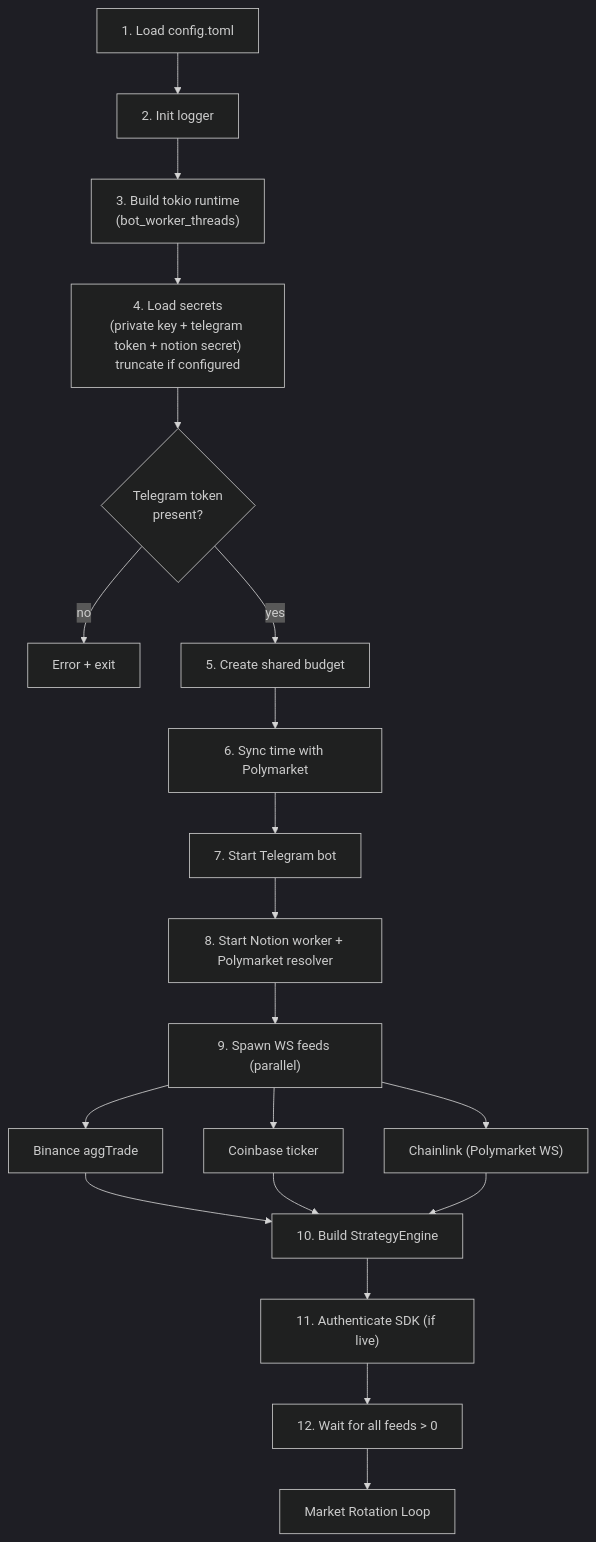
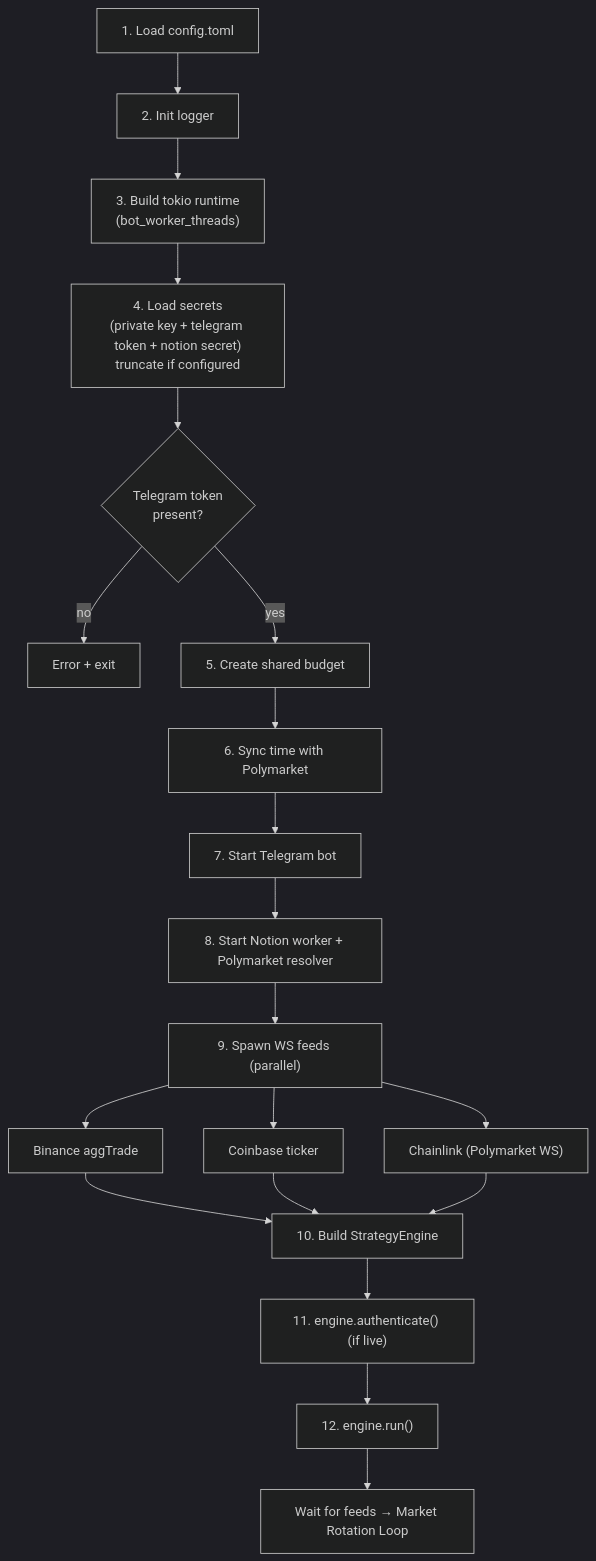
The first of 3 diagrams in docs/WORKFLOW.md (bbono/serekes), drawn with Mermaid (dark theme) before and after one commit. The commit also changed other lines of this file and 12 other files, not shown here.

First line of the commit message:
Simplify architecture: thin main.rs, engine owns bot loop, split polymarket

````diff
--- a/docs/WORKFLOW.md
+++ b/docs/WORKFLOW.md
@@ -24,20 +24,20 @@
 ```mermaid
 flowchart TD
     A["1. Load config.toml"] --> B["2. Init logger"]
     B --> C["3. Build tokio runtime<br/>(bot_worker_threads)"]
     C --> D["4. Load secrets<br/>(private key + telegram token + notion secret)<br/>truncate if configured"]
     D --> D2{"Telegram token<br/>present?"}
     D2 -->|no| EXIT["Error + exit"]
     D2 -->|yes| E["5. Create shared budget"]
     E --> E2["6. Sync time with Polymarket"]
     E2 --> F["7. Start Telegram bot"]
     F --> F2["8. Start Notion worker + Polymarket resolver"]
     F2 --> G["9. Spawn WS feeds (parallel)"]
     G --> G1["Binance aggTrade"]
     G --> G2["Coinbase ticker"]
     G --> G3["Chainlink (Polymarket WS)"]
     G1 & G2 & G3 --> H["10. Build StrategyEngine"]
-    H --> I["11. Authenticate SDK (if live)"]
-    I --> J["12. Wait for all feeds > 0"]
-    J --> K["Market Rotation Loop"]
+    H --> I["11. engine.authenticate() (if live)"]
+    I --> J["12. engine.run()"]
+    J --> K["Wait for feeds → Market Rotation Loop"]
 ```
````
